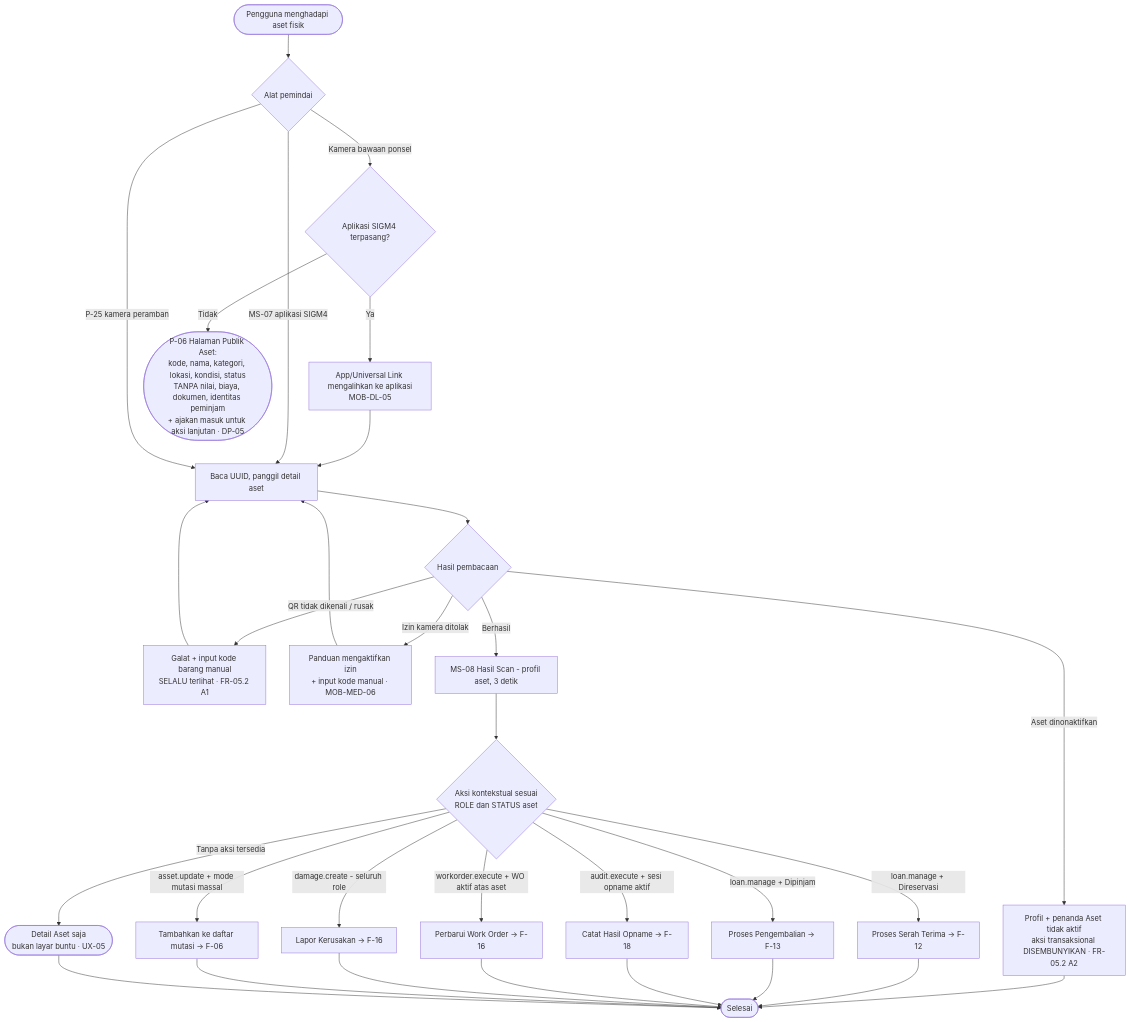
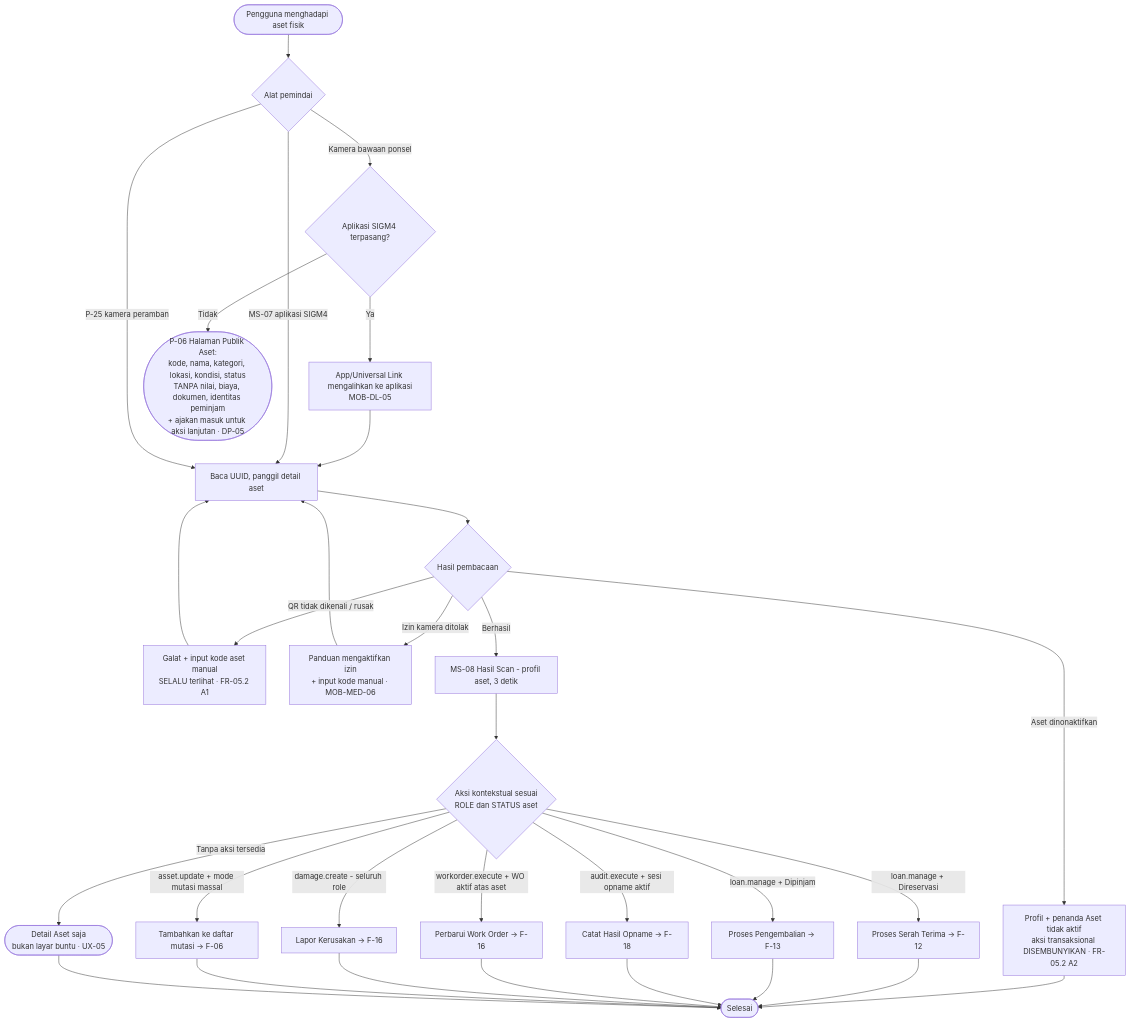
One commit to HanzzzBD/SIGM4 changed diagram 20 of 25 in docs/UX/USER-FLOWS.md. Above: the diagram before and after it, drawn with Mermaid. The commit also changed other lines of this file and 79 other files, not shown here.

````diff
--- a/docs/UX/USER-FLOWS.md
+++ b/docs/UX/USER-FLOWS.md
@@ -721,32 +723,32 @@
 ```mermaid
 flowchart TD
     A([Pengguna menghadapi aset fisik]) --> B{Alat pemindai}
     B -->|"Kamera bawaan ponsel"| C{"Aplikasi SIGM4 terpasang?"}
     C -->|Ya| D["App/Universal Link mengalihkan ke aplikasi<br/>MOB-DL-05"] --> F
     C -->|Tidak| E(["P-06 Halaman Publik Aset:<br/>kode, nama, kategori, lokasi, kondisi, status<br/>TANPA nilai, biaya, dokumen, identitas peminjam<br/>+ ajakan masuk untuk aksi lanjutan · DP-05"])
     B -->|"MS-07 aplikasi SIGM4"| F["Baca UUID, panggil detail aset"]
     B -->|"P-25 kamera peramban"| F
 
     F --> G{Hasil pembacaan}
-    G -->|"QR tidak dikenali / rusak"| H["Galat + input kode barang manual<br/>SELALU terlihat · FR-05.2 A1"] --> F
+    G -->|"QR tidak dikenali / rusak"| H["Galat + input kode aset manual<br/>SELALU terlihat · FR-05.2 A1"] --> F
     G -->|"Izin kamera ditolak"| I["Panduan mengaktifkan izin<br/>+ input kode manual · MOB-MED-06"] --> F
     G -->|"Aset dinonaktifkan"| J["Profil + penanda Aset tidak aktif<br/>aksi transaksional DISEMBUNYIKAN · FR-05.2 A2"] --> Z([Selesai])
     G -->|Berhasil| K["MS-08 Hasil Scan - profil aset, 3 detik"]
 
     K --> L{"Aksi kontekstual sesuai<br/>ROLE dan STATUS aset"}
     L -->|"loan.manage + Direservasi"| M["Proses Serah Terima -> F-12"]
     L -->|"loan.manage + Dipinjam"| N["Proses Pengembalian -> F-13"]
     L -->|"audit.execute + sesi opname aktif"| O["Catat Hasil Opname -> F-18"]
     L -->|"workorder.execute + WO aktif atas aset"| P["Perbarui Work Order -> F-16"]
     L -->|"damage.create - seluruh role"| Q["Lapor Kerusakan -> F-16"]
     L -->|"asset.update + mode mutasi massal"| R["Tambahkan ke daftar mutasi -> F-06"]
     L -->|"Tanpa aksi tersedia"| S(["Detail Aset saja<br/>bukan layar buntu · UX-05"])
 
     M --> Z
     N --> Z
     O --> Z
     P --> Z
     Q --> Z
     R --> Z
     S --> Z
 ```
````
